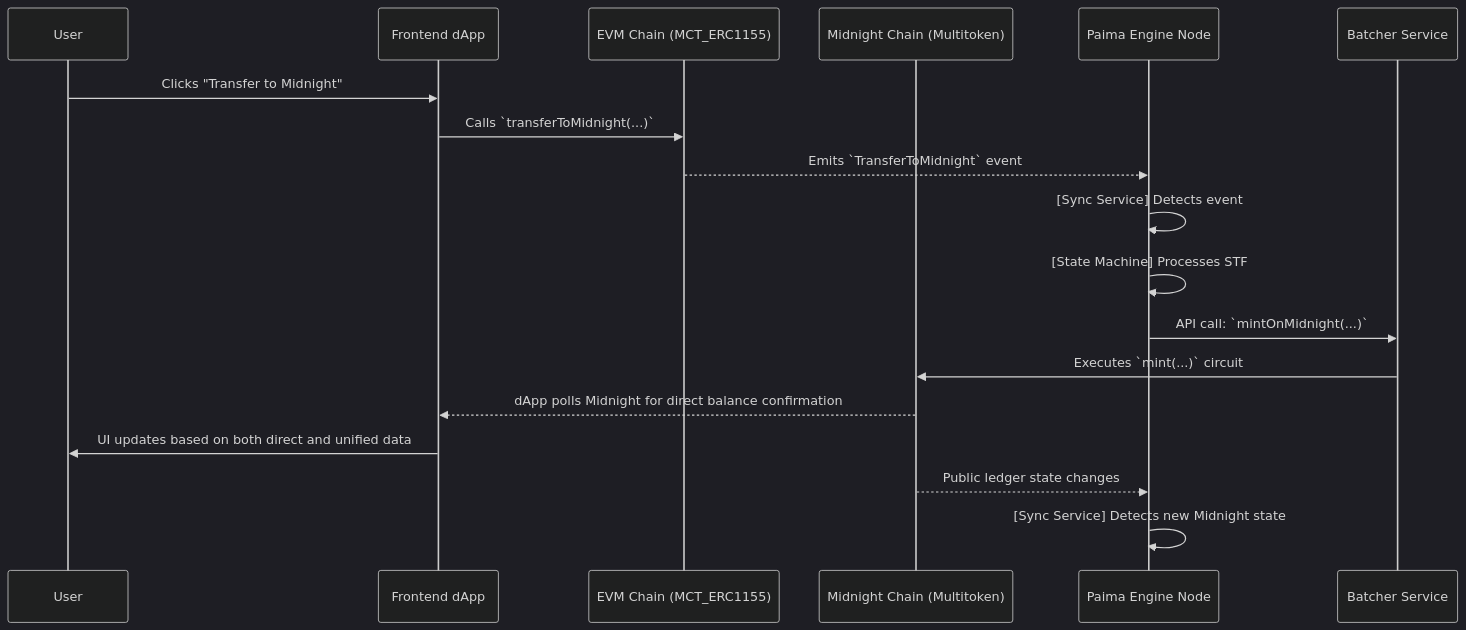
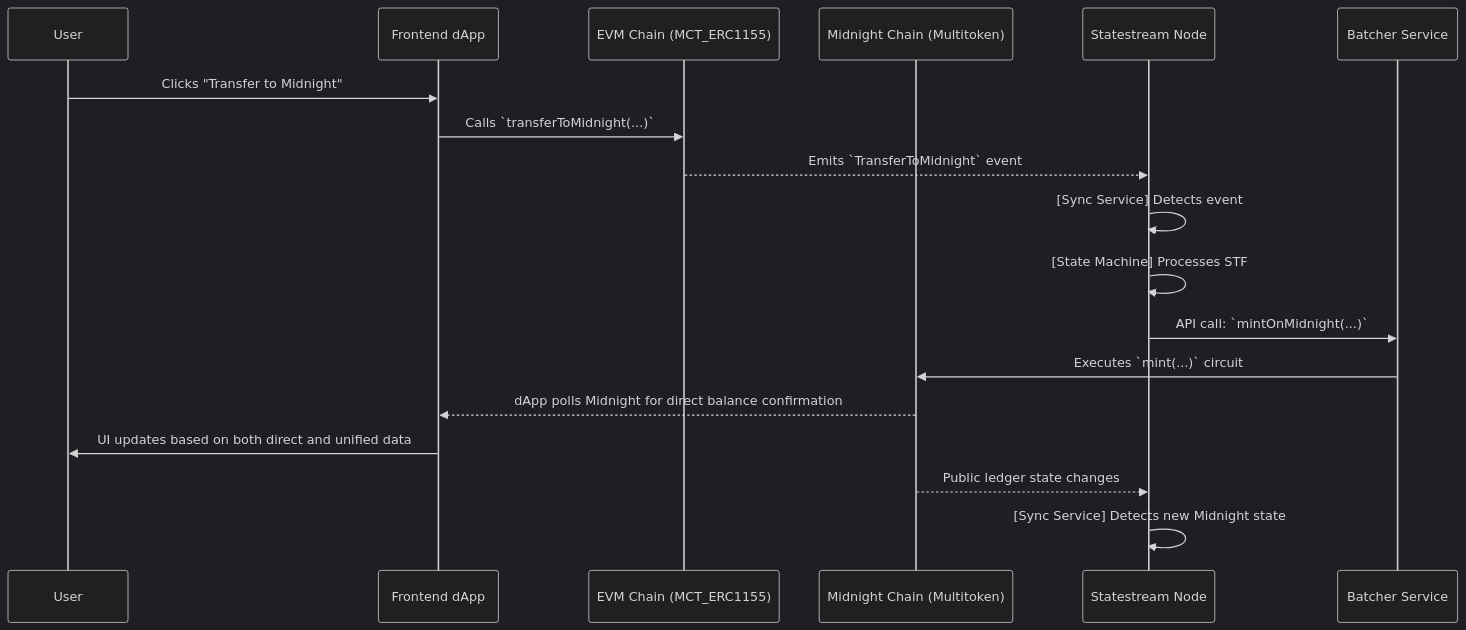
Before and after one commit to effectstream/effectstream: the diagram in docs/site/docs/home/1200-templates/1204-multi-chain-swap.md, drawn with Mermaid (dark theme). The commit also changed other lines of this file and 55 other files, not shown here.

````diff
--- a/docs/site/docs/home/1200-templates/1204-multi-chain-swap.md
+++ b/docs/site/docs/home/1200-templates/1204-multi-chain-swap.md
@@ -60,26 +60,26 @@
 ```mermaid
 sequenceDiagram
     participant User
     participant Frontend dApp
     participant EVM Chain (MCT_ERC1155)
     participant Midnight Chain (Multitoken)
-    participant Paima Engine Node
+    participant Statestream Node
     participant Batcher Service
 
     User->>Frontend dApp: Clicks "Transfer to Midnight"
     Frontend dApp->>EVM Chain (MCT_ERC1155): Calls `transferToMidnight(...)`
-    EVM Chain (MCT_ERC1155)-->>Paima Engine Node: Emits `TransferToMidnight` event
+    EVM Chain (MCT_ERC1155)-->>Statestream Node: Emits `TransferToMidnight` event
 
-    Paima Engine Node->>Paima Engine Node: [Sync Service] Detects event
-    Paima Engine Node->>Paima Engine Node: [State Machine] Processes STF
-    Paima Engine Node->>Batcher Service: API call: `mintOnMidnight(...)`
+    Statestream Node->>Statestream Node: [Sync Service] Detects event
+    Statestream Node->>Statestream Node: [State Machine] Processes STF
+    Statestream Node->>Batcher Service: API call: `mintOnMidnight(...)`
 
     Batcher Service->>Midnight Chain (Multitoken): Executes `mint(...)` circuit
 
     Midnight Chain (Multitoken)-->>Frontend dApp: dApp polls Midnight for direct balance confirmation
     Frontend dApp->>User: UI updates based on both direct and unified data
 
-    Midnight Chain (Multitoken)-->>Paima Engine Node: Public ledger state changes
+    Midnight Chain (Multitoken)-->>Statestream Node: Public ledger state changes
 
-    Paima Engine Node->>Paima Engine Node: [Sync Service] Detects new Midnight state
+    Statestream Node->>Statestream Node: [Sync Service] Detects new Midnight state
 ```
````
